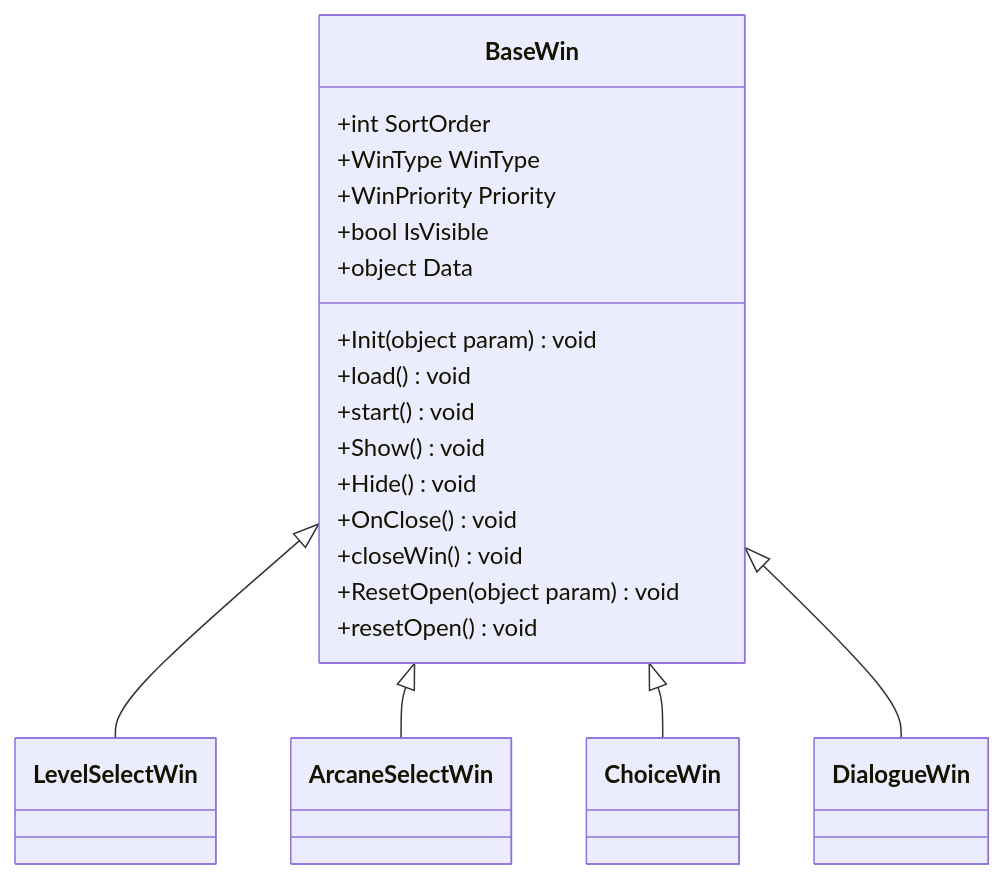
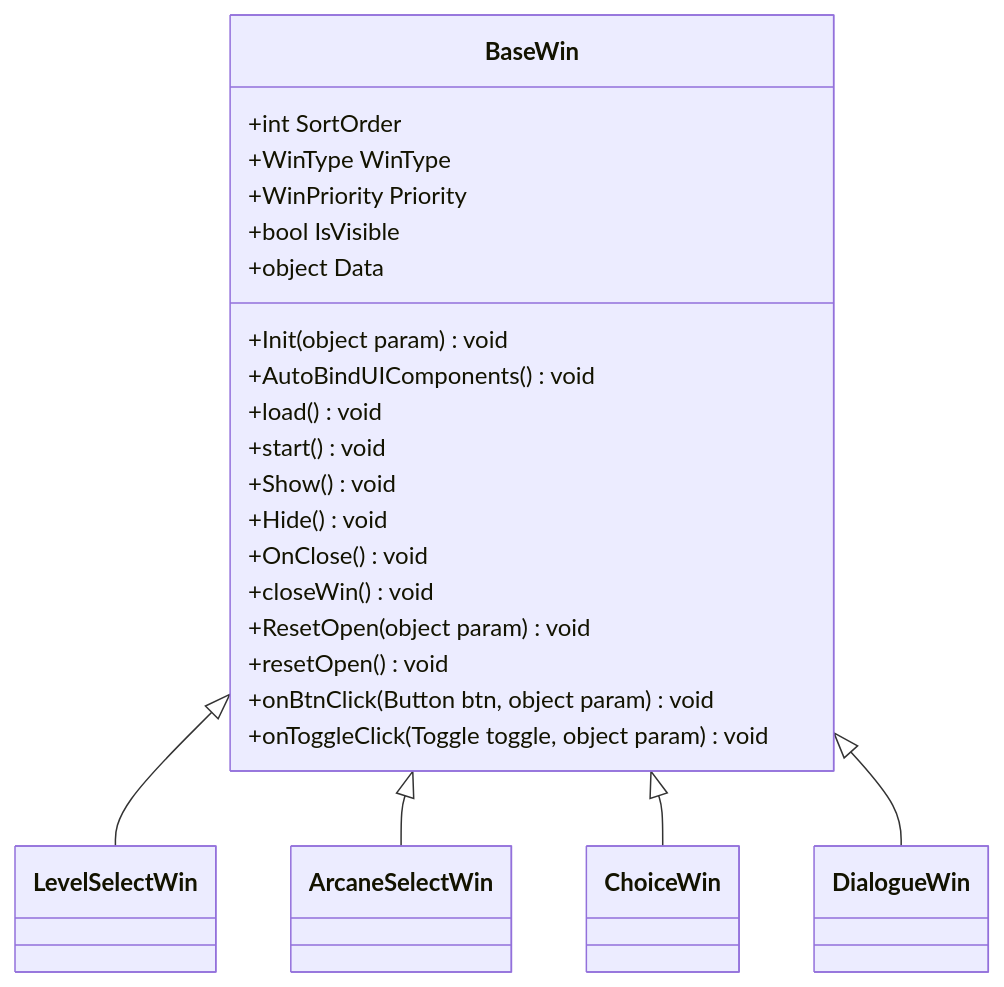
Before and after one commit to Tuusen/p1_client: the third of 9 diagrams in .qoder/repowiki/zh/content/用户界面系统/窗口管理系统.md, drawn with Mermaid. The commit also changed other lines of this file and 6 other files, not shown here.

````diff
--- a/.qoder/repowiki/zh/content/用户界面系统/窗口管理系统.md
+++ b/.qoder/repowiki/zh/content/用户界面系统/窗口管理系统.md
@@ -179,27 +185,30 @@
 ```mermaid
 classDiagram
 class BaseWin {
 +int SortOrder
 +WinType WinType
 +WinPriority Priority
 +bool IsVisible
 +object Data
 +Init(object param) void
++AutoBindUIComponents() void
 +load() void
 +start() void
 +Show() void
 +Hide() void
 +OnClose() void
 +closeWin() void
 +ResetOpen(object param) void
 +resetOpen() void
++onBtnClick(Button btn, object param) void
++onToggleClick(Toggle toggle, object param) void
 }
 class LevelSelectWin
 class ArcaneSelectWin
 class ChoiceWin
 class DialogueWin
 BaseWin <|-- LevelSelectWin
 BaseWin <|-- ArcaneSelectWin
 BaseWin <|-- ChoiceWin
 BaseWin <|-- DialogueWin
 ```
````
